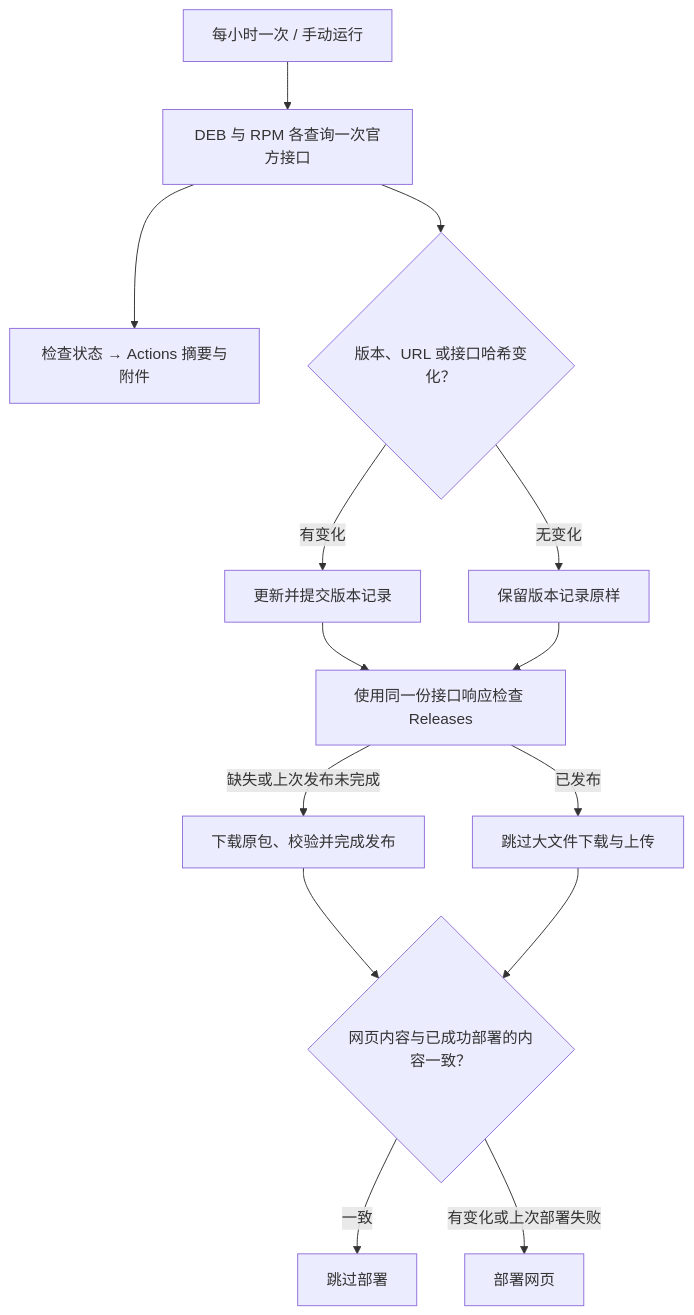
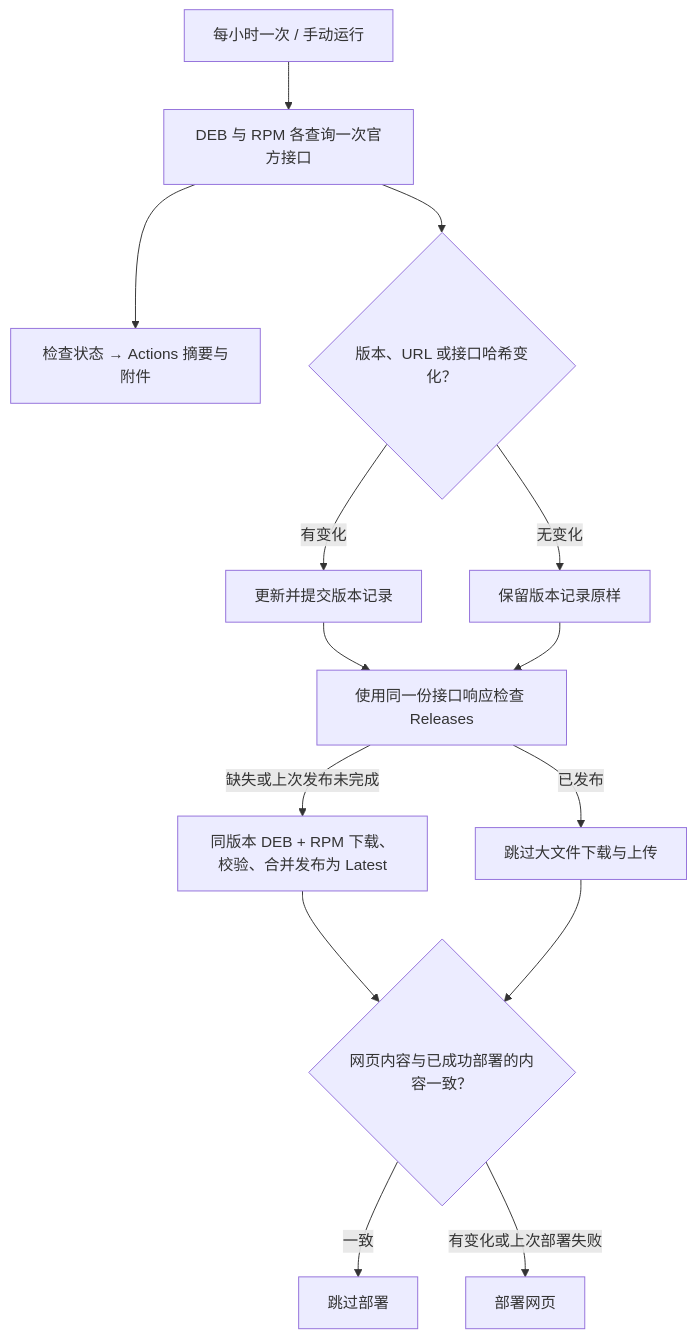
Before and after one commit to jiashuaibei/workbuddy-linux: the diagram in README.md, drawn with Mermaid. The commit also changed other lines of this file and 4 other files, not shown here.

Commit message:
Publish complete official DEB and RPM releases as Latest

````diff
--- a/README.md
+++ b/README.md
@@ -87,16 +90,16 @@
 ```mermaid
 flowchart TD
     A[每小时一次 / 手动运行] --> B[DEB 与 RPM 各查询一次官方接口]
     B --> C[检查状态 → Actions 摘要与附件]
     B --> D{版本、URL 或接口哈希变化？}
     D -->|有变化| E[更新并提交版本记录]
     D -->|无变化| F[保留版本记录原样]
     E --> G[使用同一份接口响应检查 Releases]
     F --> G
-    G -->|缺失或上次发布未完成| H[下载原包、校验并完成发布]
+    G -->|缺失或上次发布未完成| H[同版本 DEB + RPM 下载、校验、合并发布为 Latest]
     G -->|已发布| I[跳过大文件下载与上传]
     H --> J{网页内容与已成功部署的内容一致？}
     I --> J
     J -->|一致| K[跳过部署]
     J -->|有变化或上次部署失败| L[部署网页]
 ```
````
